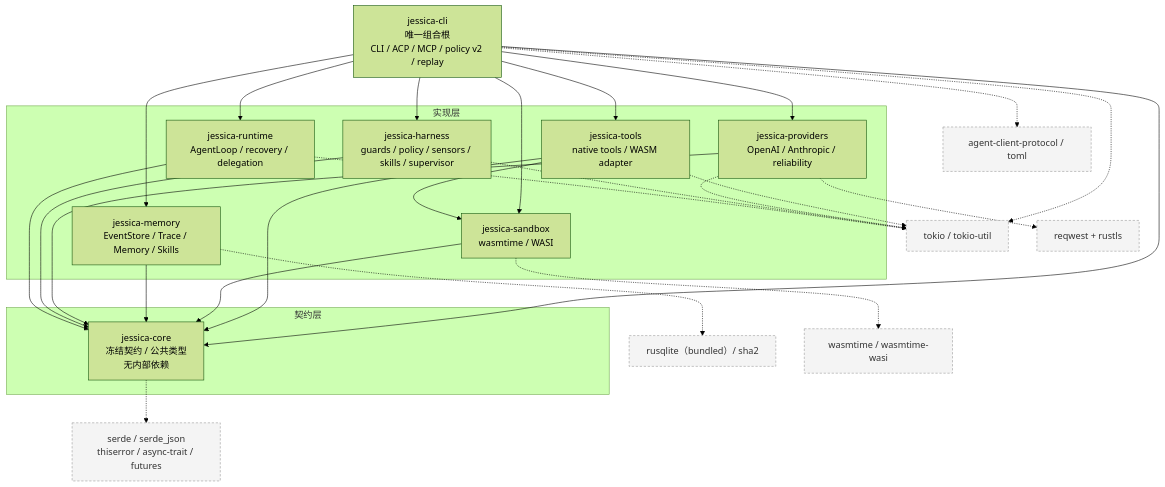
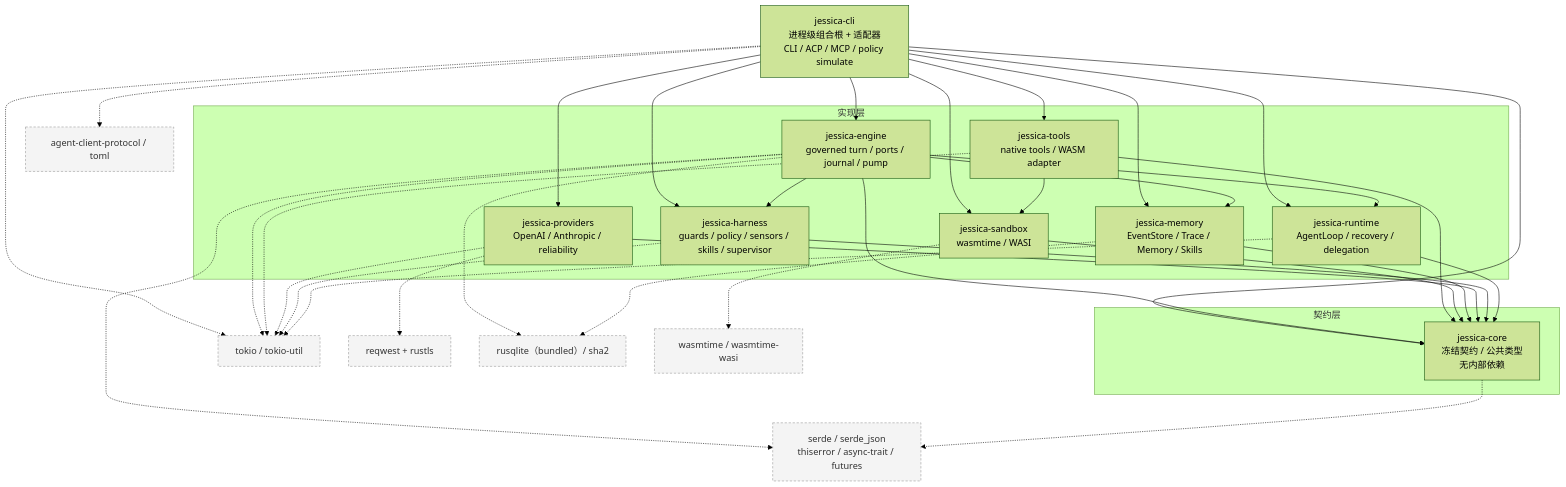
Before and after one commit to victorllm/jessica: the first of 3 diagrams in Arch.md, drawn with Mermaid (forest theme). The commit also changed other lines of this file and 7 other files, not shown here.

````diff
--- a/Arch.md
+++ b/Arch.md
@@ -106,53 +112,62 @@
 ```mermaid
 graph TD
     subgraph Contract[契约层]
         CORE["jessica-core<br/>冻结契约 / 公共类型<br/>无内部依赖"]
     end
 
     subgraph Impl[实现层]
         RT["jessica-runtime<br/>AgentLoop / recovery / delegation"]
         HARNESS["jessica-harness<br/>guards / policy / sensors / skills / supervisor"]
         PROV["jessica-providers<br/>OpenAI / Anthropic / reliability"]
         MEM["jessica-memory<br/>EventStore / Trace / Memory / Skills"]
         SANDBOX["jessica-sandbox<br/>wasmtime / WASI"]
         TOOLS["jessica-tools<br/>native tools / WASM adapter"]
+        ENGINE["jessica-engine<br/>governed turn / ports / journal / pump"]
     end
 
-    CLI["jessica-cli<br/>唯一组合根<br/>CLI / ACP / MCP / policy v2 / replay"]
+    CLI["jessica-cli<br/>进程级组合根 + 适配器<br/>CLI / ACP / MCP / policy simulate"]
 
     RT --> CORE
     HARNESS --> CORE
     PROV --> CORE
     MEM --> CORE
     SANDBOX --> CORE
     TOOLS --> CORE
     TOOLS --> SANDBOX
+    ENGINE --> CORE
+    ENGINE --> RT
+    ENGINE --> HARNESS
+    ENGINE --> MEM
 
     CLI --> CORE
     CLI --> RT
     CLI --> HARNESS
     CLI --> PROV
     CLI --> MEM
     CLI --> SANDBOX
     CLI --> TOOLS
+    CLI --> ENGINE
 
     EXT0["serde / serde_json<br/>thiserror / async-trait / futures"]:::ext
     EXT1["tokio / tokio-util"]:::ext
     EXT2["reqwest + rustls"]:::ext
     EXT3["rusqlite（bundled）/ sha2"]:::ext
     EXT4["wasmtime / wasmtime-wasi"]:::ext
     EXT5["agent-client-protocol / toml"]:::ext
 
     CORE -.-> EXT0
     RT -.-> EXT1
     HARNESS -.-> EXT1
     PROV -.-> EXT1
     PROV -.-> EXT2
     MEM -.-> EXT3
     SANDBOX -.-> EXT4
     TOOLS -.-> EXT1
+    ENGINE -.-> EXT0
+    ENGINE -.-> EXT1
+    ENGINE -.-> EXT3
     CLI -.-> EXT1
     CLI -.-> EXT5
 
     classDef ext fill:#f4f4f4,stroke:#999,stroke-dasharray:4 3,color:#333
 ```
````
